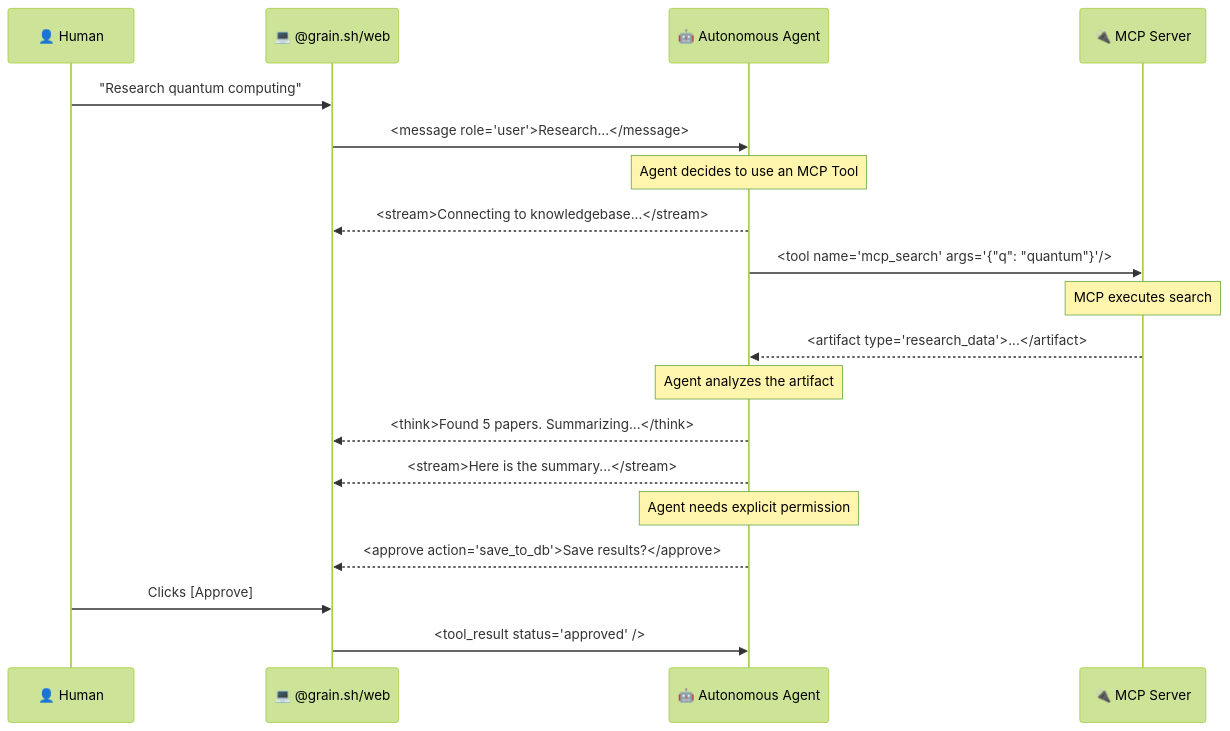
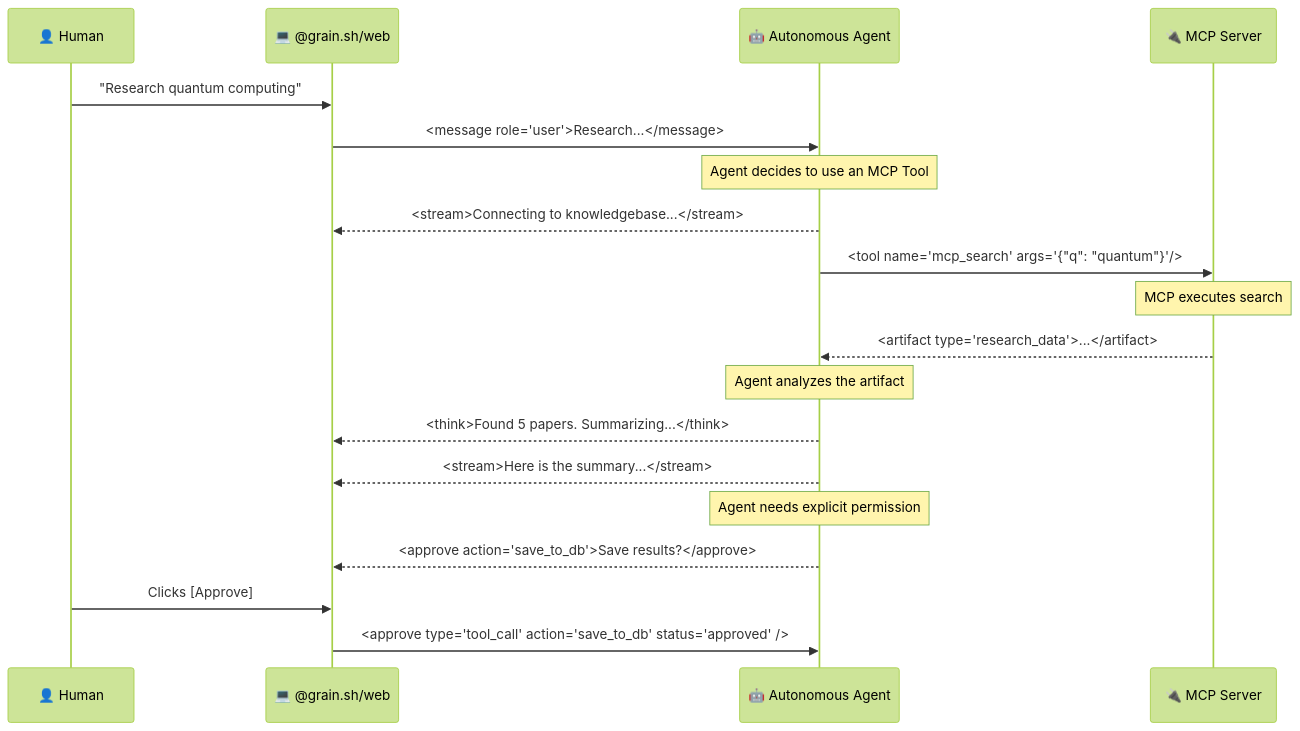
The third of 3 diagrams in README.md (sir-ad/grain), drawn with Mermaid (forest theme) before and after one commit. The commit also changed other lines of this file and 95 other files, not shown here.

````diff
--- a/README.md
+++ b/README.md
@@ -181,27 +170,27 @@
 ```mermaid
 sequenceDiagram
     participant User as 👤 Human
     participant UI as 💻 @grain.sh/web
     participant Agent as 🤖 Autonomous Agent
     participant MCP as 🔌 MCP Server
 
     User->>UI: "Research quantum computing"
     UI->>Agent: <message role="user">Research...</message>
     
     Note over Agent: Agent decides to use an MCP Tool
     Agent-->>UI: <stream>Connecting to knowledgebase...</stream>
     Agent->>MCP: <tool name="mcp_search" args='{"q": "quantum"}'/>
     
     Note over MCP: MCP executes search
     MCP-->>Agent: <artifact type="research_data">...</artifact>
     
     Note over Agent: Agent analyzes the artifact
     Agent-->>UI: <think>Found 5 papers. Summarizing...</think>
     Agent-->>UI: <stream>Here is the summary...</stream>
     
     Note over Agent: Agent needs explicit permission
     Agent-->>UI: <approve action="save_to_db">Save results?</approve>
     
     User->>UI: Clicks [Approve]
-    UI->>Agent: <tool_result status="approved" />
+    UI->>Agent: <approve type="tool_call" action="save_to_db" status="approved" />
 ```
````
